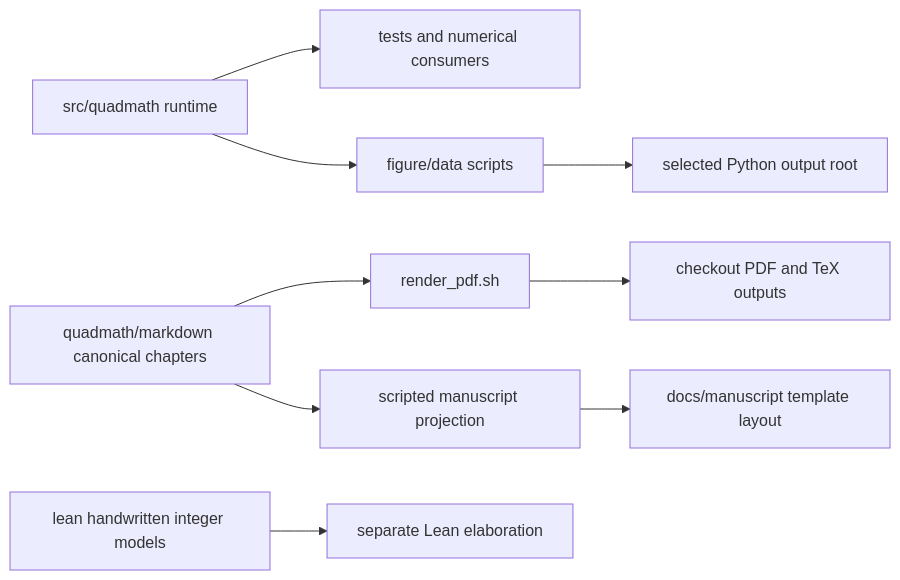
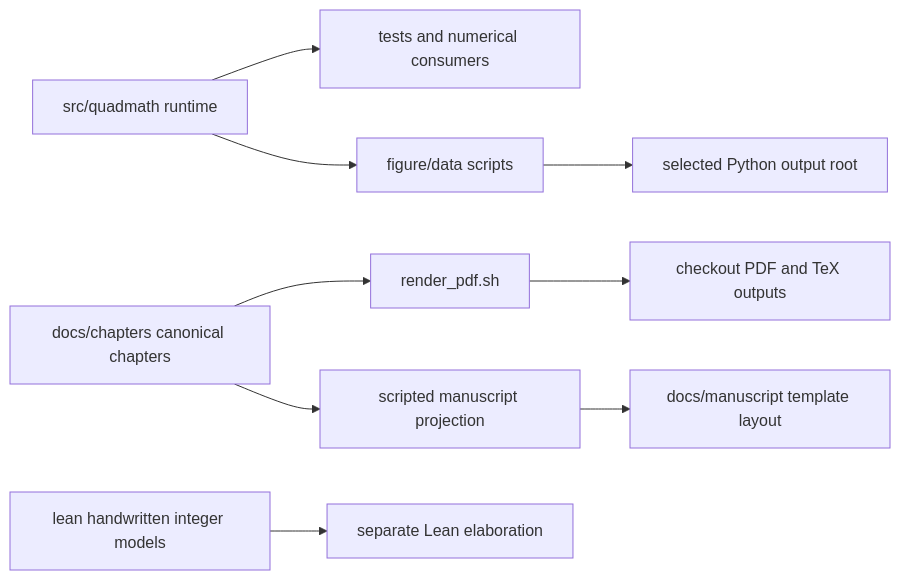
The diagram in docs/overview.md (docxology/QuadMath), drawn with Mermaid before and after one commit. The commit also changed other lines of this file and 112 other files, not shown here.

````diff
--- a/docs/overview.md
+++ b/docs/overview.md
@@ -24,11 +24,11 @@
 ```mermaid
 flowchart LR
     runtime["src/quadmath runtime"] --> consumer["tests and numerical consumers"]
     runtime --> scripts["figure/data scripts"]
     scripts --> figures["selected Python output root"]
-    canonical["quadmath/markdown canonical chapters"] --> shell["render_pdf.sh"]
+    canonical["docs/chapters canonical chapters"] --> shell["render_pdf.sh"]
     shell --> pdf["checkout PDF and TeX outputs"]
     canonical --> port["scripted manuscript projection"]
     port --> projected["docs/manuscript template layout"]
     lean["lean handwritten integer models"] --> elaboration["separate Lean elaboration"]
 ```
````
